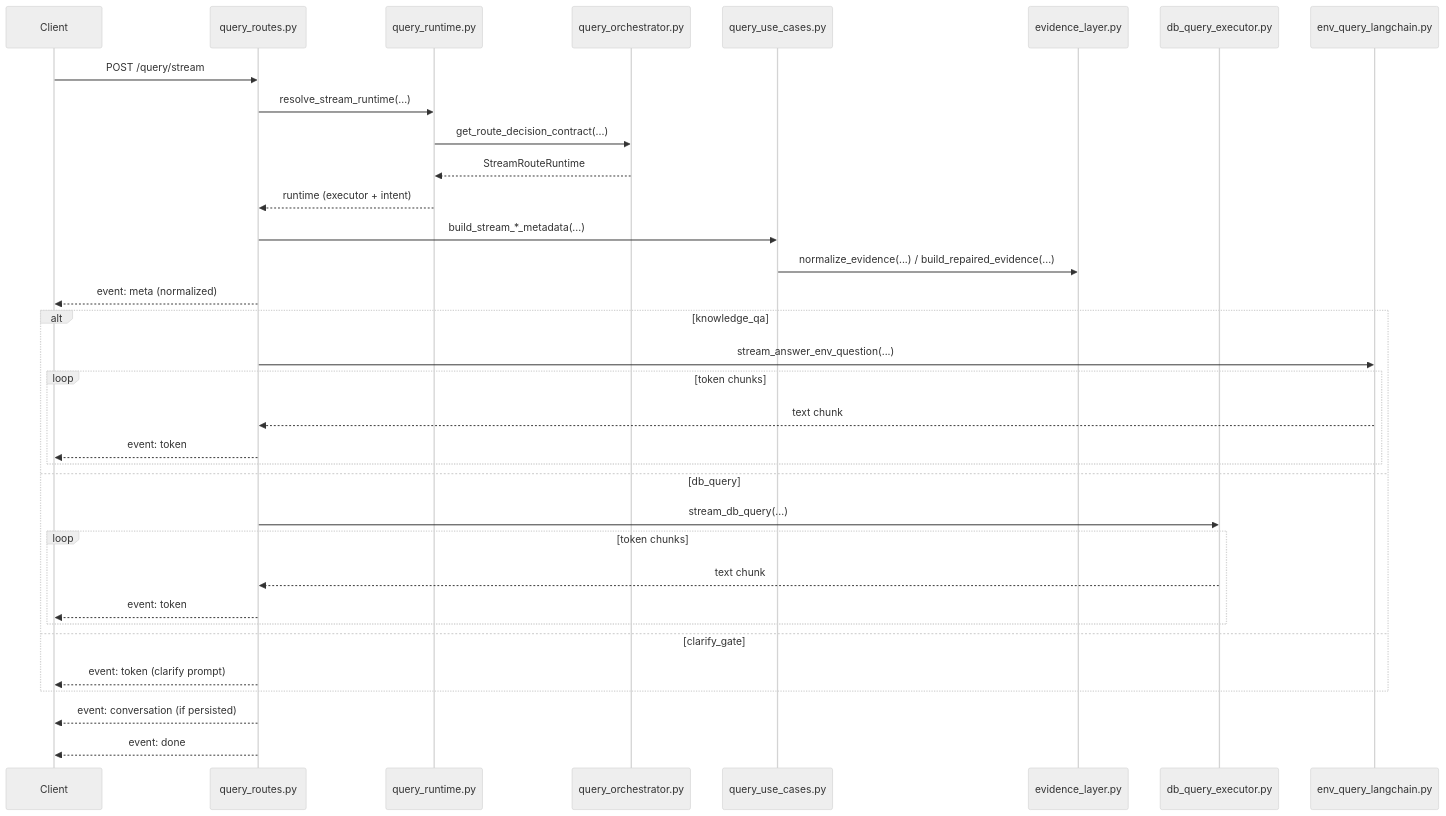
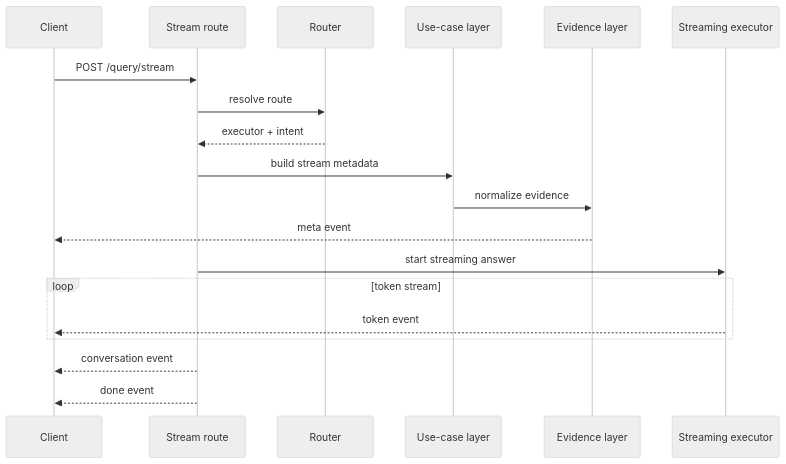
One commit to SMART-NYUAD/ieq-copilot-api changed the third of 4 diagrams in docs/architecture_deep_dive.md. Above: the diagram before and after it, drawn with Mermaid (neutral theme). The commit also changed other lines of this file and 1 other file, not shown here.

Commit message:
Changing graphs for documentation purposes

````diff
--- a/docs/architecture_deep_dive.md
+++ b/docs/architecture_deep_dive.md
@@ -186,38 +172,24 @@
 ```mermaid
 sequenceDiagram
     participant C as Client
-    participant Q as query_routes.py
-    participant R as query_runtime.py
-    participant O as query_orchestrator.py
-    participant U as query_use_cases.py
-    participant V as evidence_layer.py
-    participant D as db_query_executor.py
-    participant K as env_query_langchain.py
+    participant API as Stream route
+    participant RO as Router
+    participant UC as Use-case layer
+    participant EV as Evidence layer
+    participant EX as Streaming executor
 
-    C->>Q: POST /query/stream
-    Q->>R: resolve_stream_runtime(...)
-    R->>O: get_route_decision_contract(...)
-    O-->>R: StreamRouteRuntime
-    R-->>Q: runtime (executor + intent)
+    C->>API: POST /query/stream
+    API->>RO: resolve route
+    RO-->>API: executor + intent
+    API->>UC: build stream metadata
+    UC->>EV: normalize evidence
+    EV-->>C: meta event
 
-    Q->>U: build_stream_*_metadata(...)
-    U->>V: normalize_evidence(...) / build_repaired_evidence(...)
-    Q-->>C: event: meta (normalized)
-    alt knowledge_qa
-      Q->>K: stream_answer_env_question(...)
-      loop token chunks
-        K-->>Q: text chunk
-        Q-->>C: event: token
-      end
-    else db_query
-      Q->>D: stream_db_query(...)
-      loop token chunks
-        D-->>Q: text chunk
-        Q-->>C: event: token
-      end
-    else clarify_gate
-      Q-->>C: event: token (clarify prompt)
+    API->>EX: start streaming answer
+    loop token stream
+        EX-->>C: token event
     end
-    Q-->>C: event: conversation (if persisted)
-    Q-->>C: event: done
+
+    API-->>C: conversation event
+    API-->>C: done event
 ```
````
